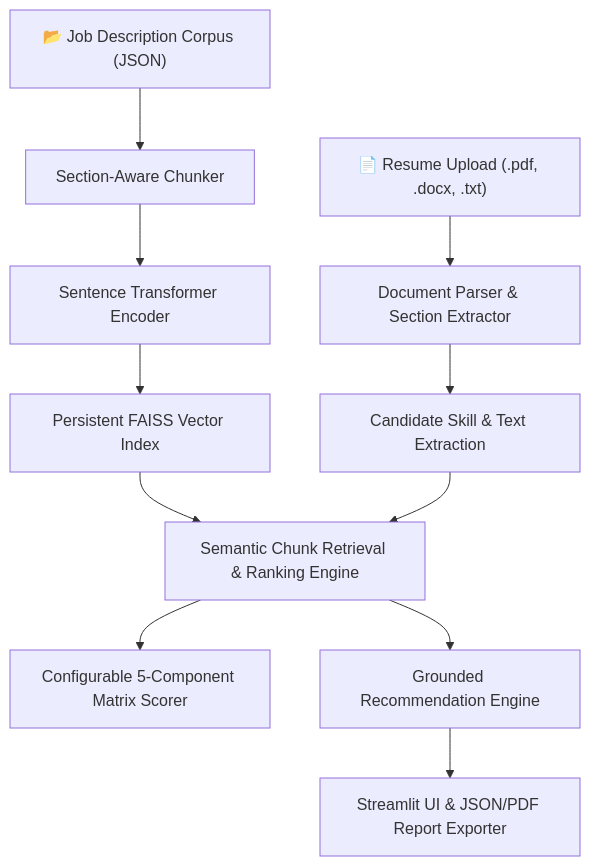
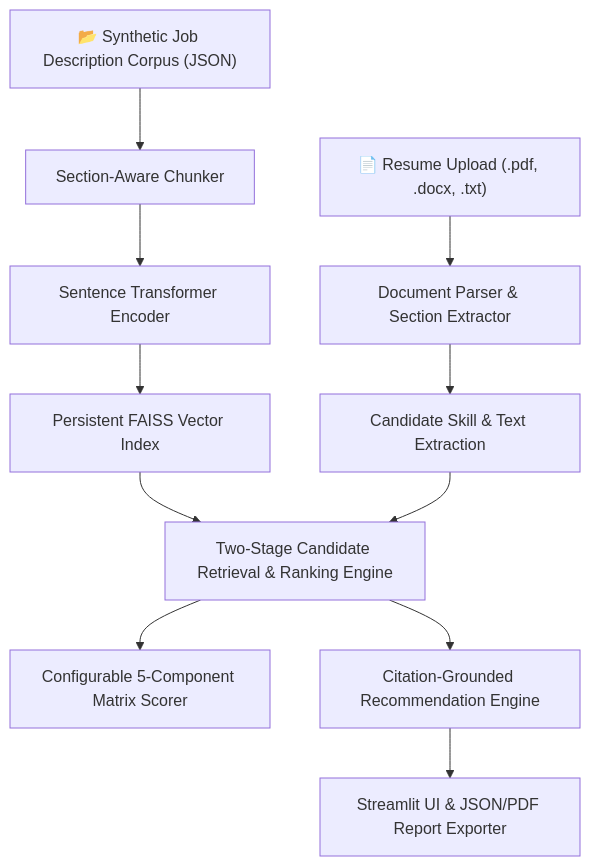
One commit to shivangisrivastava013/AI-Career-RAG-Assistant changed the diagram in README.md. Above: the diagram before and after it, drawn with Mermaid. The commit also changed other lines of this file and 94 other files, not shown here.

Commit message:
Refine AI Career RAG Assistant: 10-point production upgrade with auto-synced empirical benchmark, 2-stage retrieval, structured skill matching, and CI fixes

````diff
--- a/README.md
+++ b/README.md
@@ -15,13 +15,13 @@
 ```mermaid
 flowchart TD
     A["📄 Resume Upload (.pdf, .docx, .txt)"] --> B["Document Parser & Section Extractor"]
-    C["📂 Job Description Corpus (JSON)"] --> D["Section-Aware Chunker"]
+    C["📂 Synthetic Job Description Corpus (JSON)"] --> D["Section-Aware Chunker"]
     D --> E["Sentence Transformer Encoder"]
     E --> F["Persistent FAISS Vector Index"]
     B --> G["Candidate Skill & Text Extraction"]
-    F --> H["Semantic Chunk Retrieval & Ranking Engine"]
+    F --> H["Two-Stage Candidate Retrieval & Ranking Engine"]
     G --> H
     H --> I["Configurable 5-Component Matrix Scorer"]
-    H --> J["Grounded Recommendation Engine"]
+    H --> J["Citation-Grounded Recommendation Engine"]
     J --> K["Streamlit UI & JSON/PDF Report Exporter"]
 ```
````
